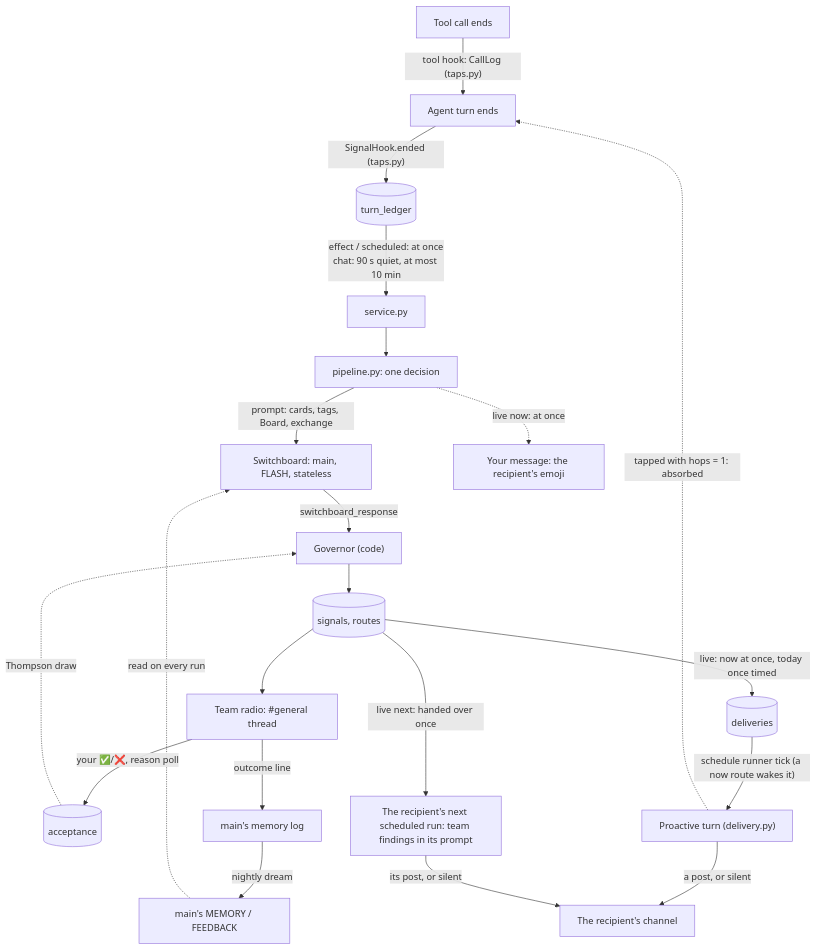
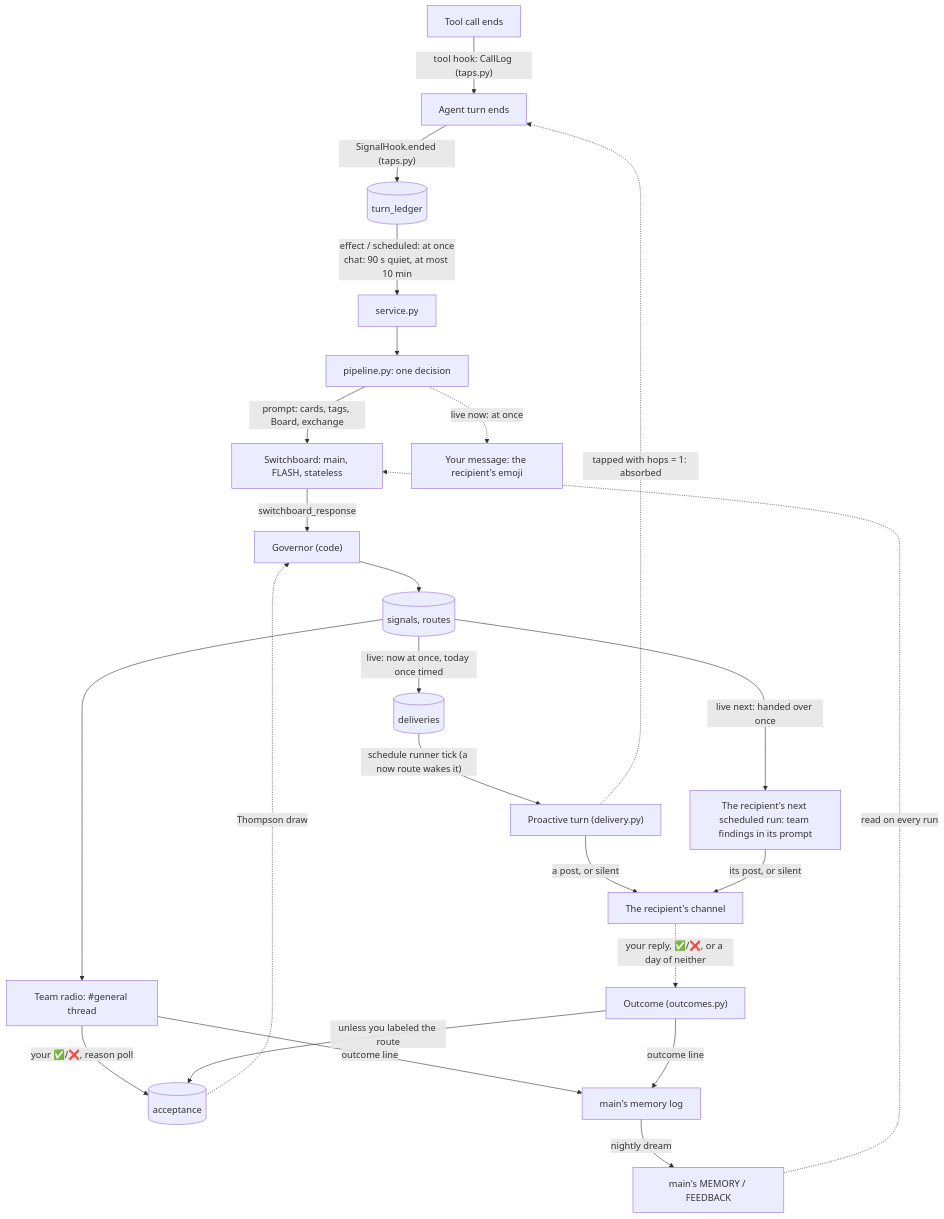
Before and after one commit to cheungyang/aoc: the diagram in core/proactive/README.md, drawn with Mermaid. The commit also changed other lines of this file and 17 other files, not shown here.

````diff
--- a/core/proactive/README.md
+++ b/core/proactive/README.md
@@ -26,23 +26,26 @@
 ```mermaid
 flowchart TD
     C["Tool call ends"] -->|"tool hook: CallLog (taps.py)"| T["Agent turn ends"]
     T -->|"SignalHook.ended (taps.py)"| L[("turn_ledger")]
     L -->|"effect / scheduled: at once<br/>chat: 90 s quiet, at most 10 min"| S["service.py"]
     S --> P["pipeline.py: one decision"]
     P -->|"prompt: cards, tags, Board, exchange"| SB["Switchboard: main, FLASH, stateless"]
     SB -->|"switchboard_response"| G["Governor (code)"]
     G --> B[("signals, routes")]
     B --> R["Team radio: #general thread"]
     R -->|"your ✅/❌, reason poll"| A[("acceptance")]
     R -->|"outcome line"| M["main's memory log"]
     M -->|"nightly dream"| F["main's MEMORY / FEEDBACK"]
     F -.->|"read on every run"| SB
     A -.->|"Thompson draw"| G
     B -->|"live: now at once, today once timed"| D[("deliveries")]
     P -.->|"live now: at once"| Y["Your message: the recipient's emoji"]
     D -->|"schedule runner tick (a now route wakes it)"| PT["Proactive turn (delivery.py)"]
     PT -->|"a post, or silent"| CH["The recipient's channel"]
     PT -.->|"tapped with hops = 1: absorbed"| T
     B -->|"live next: handed over once"| SR["The recipient's next scheduled run: team findings in its prompt"]
     SR -->|"its post, or silent"| CH
+    CH -.->|"your reply, ✅/❌, or a day of neither"| O["Outcome (outcomes.py)"]
+    O -->|"unless you labeled the route"| A
+    O -->|"outcome line"| M
 ```
````
